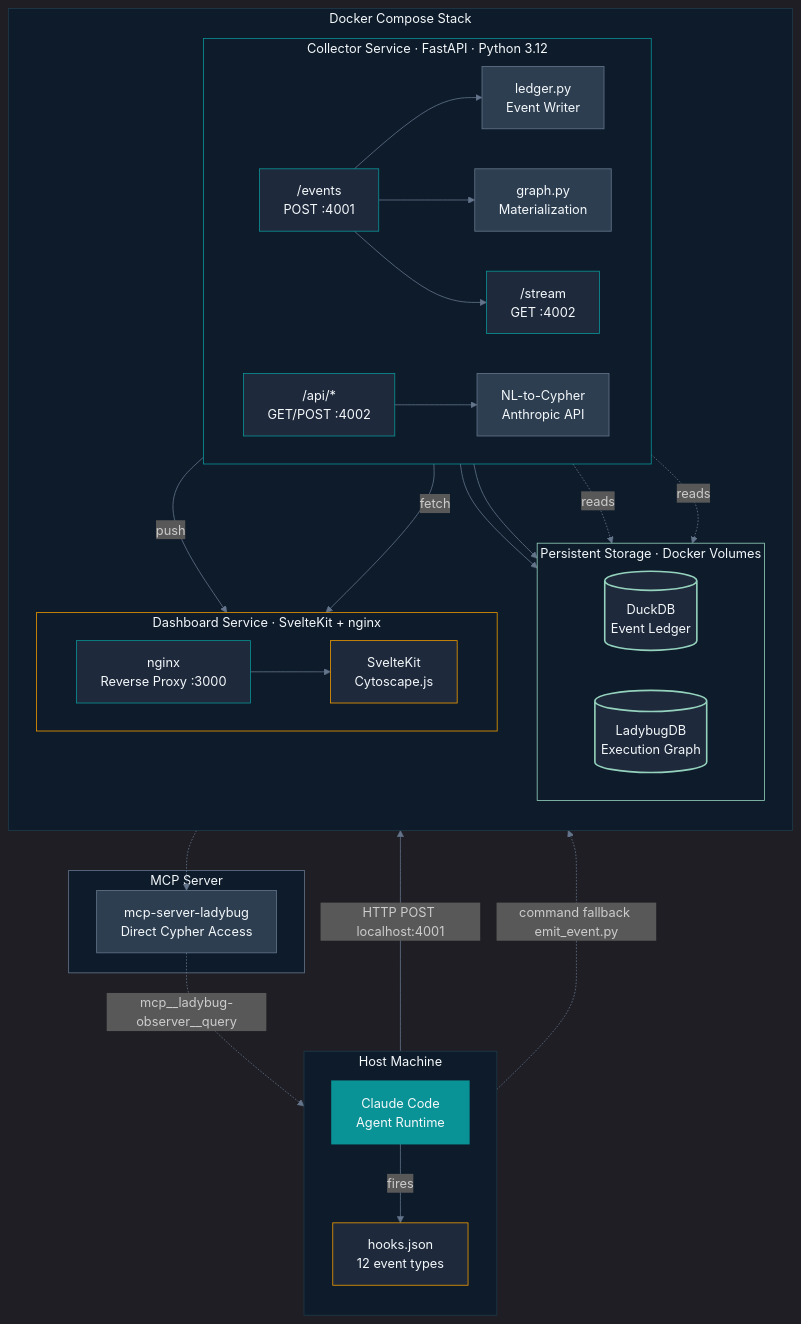
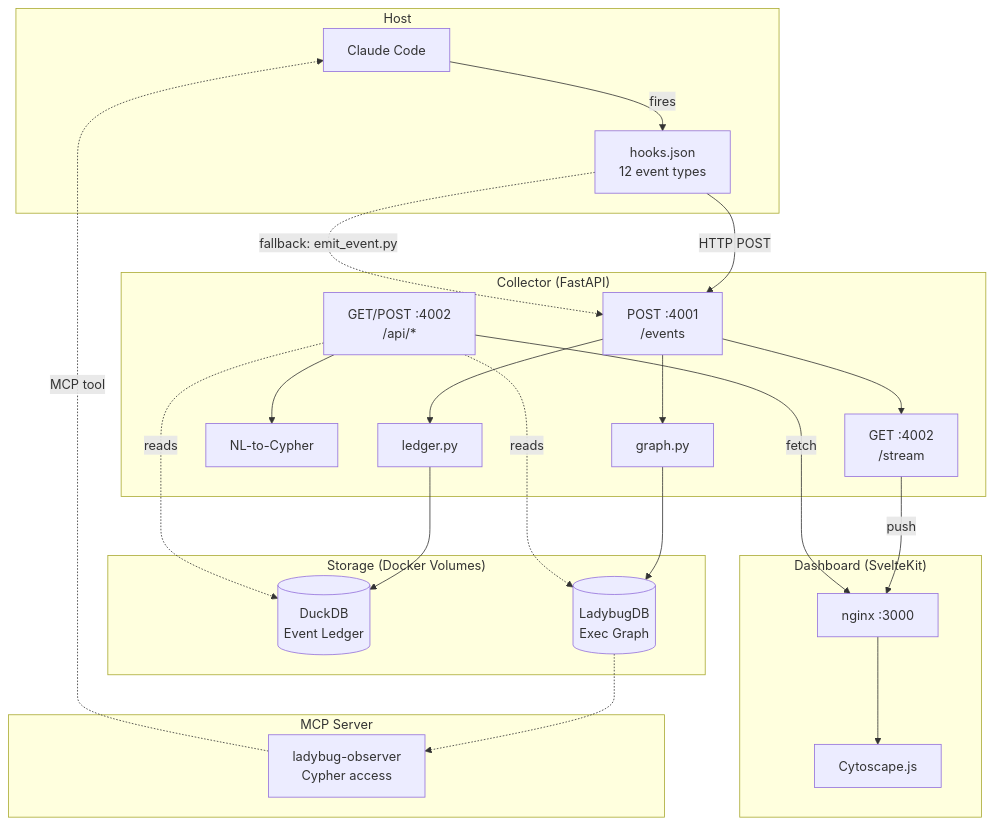
Before and after one commit to halcyondude/observable-claude: the first of 4 diagrams in docs/architecture.md, drawn with Mermaid. The commit also changed other lines of this file and 6 other files, not shown here.

First line of the commit message:
docs: rewrite with matt-voice, fix mermaid for github rendering

````diff
--- a/docs/architecture.md
+++ b/docs/architecture.md
@@ -12,72 +12,48 @@
 ```mermaid
-%%{init: {'theme': 'dark', 'themeVariables': {'primaryColor': '#0A9396', 'primaryBorderColor': '#0A9396', 'primaryTextColor': '#F4F8FB', 'lineColor': '#64748B', 'secondaryColor': '#1E293B', 'tertiaryColor': '#0D1B2A'}}}%%
 flowchart TB
-    subgraph HOST ["Host Machine"]
-        direction TB
-        CC["Claude Code<br/>Agent Runtime"]:::primary
-        HOOKS["hooks.json<br/>12 event types"]:::config
-
+    subgraph HOST ["Host"]
+        CC["Claude Code"]
+        HOOKS["hooks.json<br/>12 event types"]
         CC -->|fires| HOOKS
     end
 
-    subgraph DOCKER ["Docker Compose Stack"]
-        direction TB
-        subgraph COLLECTOR ["Collector Service · FastAPI · Python 3.12"]
-            direction LR
-            INGEST["/events<br/>POST :4001"]:::endpoint
-            SSE_EP["/stream<br/>GET :4002"]:::endpoint
-            REST["/api/*<br/>GET/POST :4002"]:::endpoint
-            NL["NL-to-Cypher<br/>Anthropic API"]:::module
-            GRAPH_MOD["graph.py<br/>Materialization"]:::module
-            LEDGER_MOD["ledger.py<br/>Event Writer"]:::module
+    subgraph COLLECTOR ["Collector (FastAPI)"]
+        INGEST["POST :4001<br/>/events"]
+        SSE_EP["GET :4002<br/>/stream"]
+        REST["GET/POST :4002<br/>/api/*"]
+        NL["NL-to-Cypher"]
+        GRAPH_MOD["graph.py"]
+        LEDGER_MOD["ledger.py"]
 
-            INGEST --> LEDGER_MOD
-            INGEST --> GRAPH_MOD
-            INGEST --> SSE_EP
-            REST --> NL
-        end
+        INGEST --> LEDGER_MOD
+        INGEST --> GRAPH_MOD
+        INGEST --> SSE_EP
+        REST --> NL
+    end
 
-        subgraph STORAGE ["Persistent Storage · Docker Volumes"]
-            direction LR
-            DUCK[("DuckDB<br/>Event Ledger")]:::storage
-            LADY[("LadybugDB<br/>Execution Graph")]:::storage
-        end
+    subgraph STORAGE ["Storage (Docker Volumes)"]
+        DUCK[("DuckDB<br/>Event Ledger")]
+        LADY[("LadybugDB<br/>Exec Graph")]
+    end
 
-        subgraph DASH_SVC ["Dashboard Service · SvelteKit + nginx"]
-            direction LR
-            NGINX["nginx<br/>Reverse Proxy :3000"]:::endpoint
-            SVELTE["SvelteKit<br/>Cytoscape.js"]:::ui
-            NGINX --> SVELTE
-        end
-
-        LEDGER_MOD --> DUCK
-        GRAPH_MOD --> LADY
-        REST -.->|reads| DUCK
-        REST -.->|reads| LADY
-        SSE_EP -->|push| NGINX
-        REST -->|fetch| NGINX
+    subgraph DASH ["Dashboard (SvelteKit)"]
+        NGINX["nginx :3000"]
+        SVELTE["Cytoscape.js"]
+        NGINX --> SVELTE
     end
 
     subgraph MCP ["MCP Server"]
-        LADY_MCP["mcp-server-ladybug<br/>Direct Cypher Access"]:::module
+        LADY_MCP["ladybug-observer<br/>Cypher access"]
     end
 
-    HOOKS -->|"HTTP POST localhost:4001"| INGEST
-    HOOKS -.->|"command fallback emit_event.py"| INGEST
+    HOOKS -->|"HTTP POST"| INGEST
+    HOOKS -.->|"fallback: emit_event.py"| INGEST
+    LEDGER_MOD --> DUCK
+    GRAPH_MOD --> LADY
+    REST -.->|reads| DUCK
+    REST -.->|reads| LADY
+    SSE_EP -->|push| NGINX
+    REST -->|fetch| NGINX
     LADY -.-> LADY_MCP
-    LADY_MCP -.->|"mcp__ladybug-observer__query"| CC
-
-    classDef primary fill:#0A9396,stroke:#0A9396,color:#F4F8FB,stroke-width:2px
-    classDef endpoint fill:#1E293B,stroke:#0A9396,color:#F4F8FB
-    classDef module fill:#2D3E50,stroke:#64748B,color:#F4F8FB
-    classDef storage fill:#1E293B,stroke:#94D2BD,color:#F4F8FB,stroke-width:2px
-    classDef config fill:#1E293B,stroke:#EE9B00,color:#F4F8FB
-    classDef ui fill:#1E293B,stroke:#EE9B00,color:#F4F8FB
-
-    style HOST fill:#0D1B2A,stroke:#1E3A4A,color:#F4F8FB
-    style DOCKER fill:#0D1B2A,stroke:#1E3A4A,color:#F4F8FB
-    style COLLECTOR fill:#0D1B2A,stroke:#0A9396,color:#F4F8FB
-    style STORAGE fill:#0D1B2A,stroke:#94D2BD,color:#F4F8FB
-    style DASH_SVC fill:#0D1B2A,stroke:#EE9B00,color:#F4F8FB
-    style MCP fill:#0D1B2A,stroke:#64748B,color:#F4F8FB
+    LADY_MCP -.->|MCP tool| CC
 ```
````
